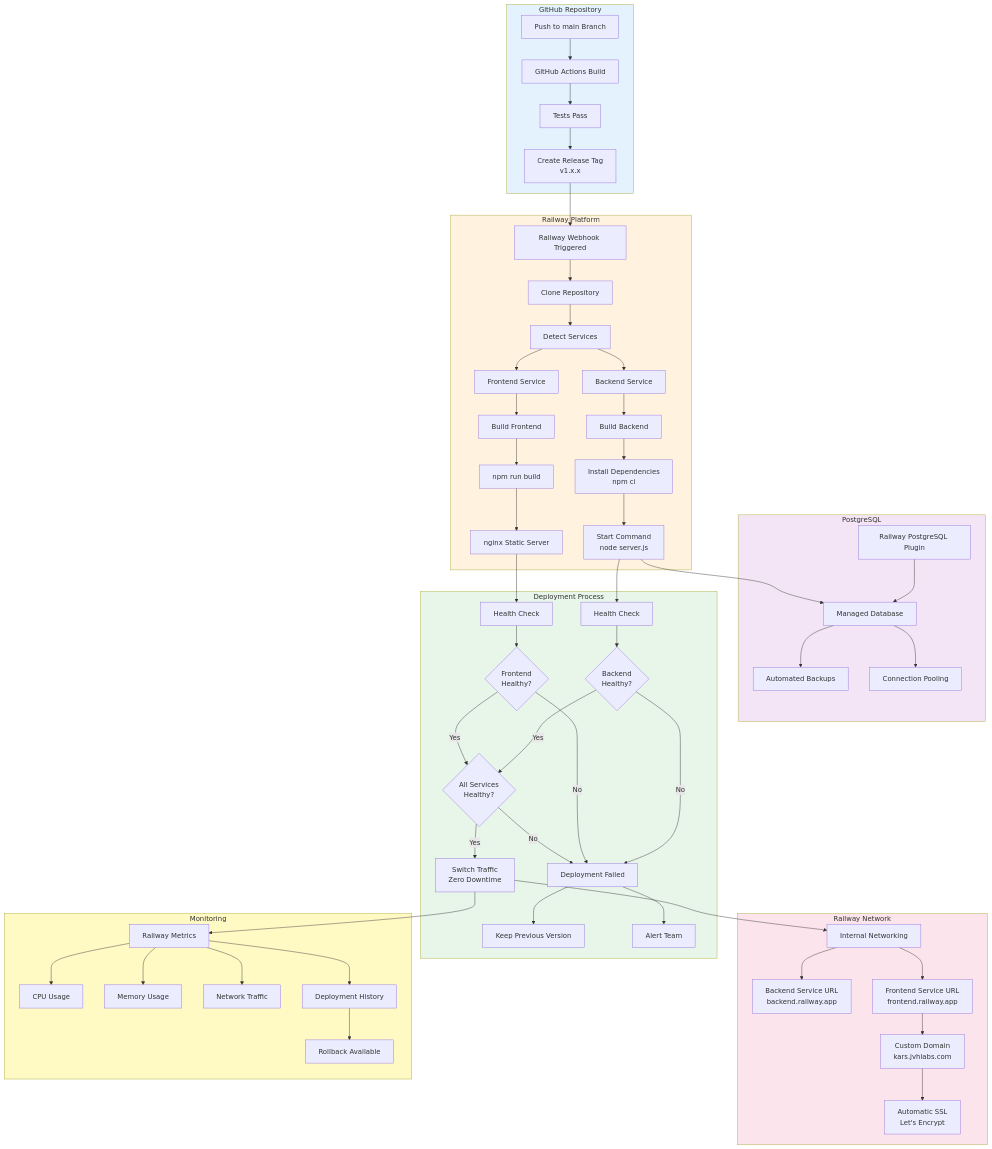
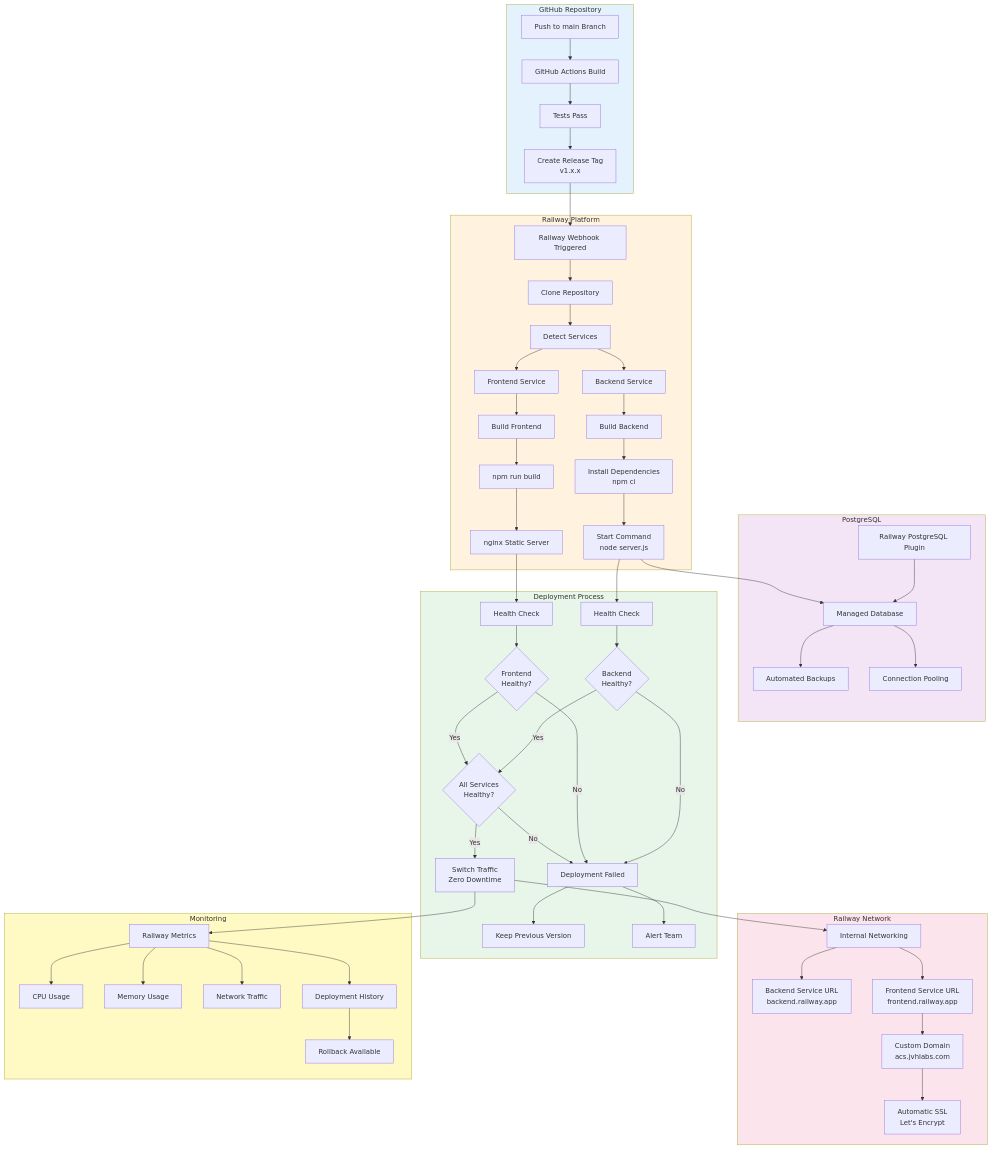
Before and after one commit to humac/claude_app_poc: the diagram in devops/diagrams/railway-deployment.md, drawn with Mermaid. The commit also changed other lines of this file and 27 other files, not shown here.

First line of the commit message:
docs: Replace KARS domains with ACS domains (Phase 6)

````diff
--- a/devops/diagrams/railway-deployment.md
+++ b/devops/diagrams/railway-deployment.md
@@ -7,78 +7,78 @@
 ```mermaid
 flowchart TB
     subgraph GitHub["GitHub Repository"]
         A[Push to main Branch] --> B[GitHub Actions Build]
         B --> C[Tests Pass]
         C --> D[Create Release Tag<br/>v1.x.x]
     end
     
     subgraph Railway["Railway Platform"]
         D --> E[Railway Webhook Triggered]
         E --> F[Clone Repository]
         F --> G[Detect Services]
         
         G --> H[Backend Service]
         G --> I[Frontend Service]
         
         H --> J[Build Backend]
         J --> K[Install Dependencies<br/>npm ci]
         K --> L[Start Command<br/>node server.js]
         
         I --> M[Build Frontend]
         M --> N[npm run build]
         N --> O[nginx Static Server]
     end
     
     subgraph Database["PostgreSQL"]
         P[Railway PostgreSQL Plugin] --> Q[Managed Database]
         Q --> R[Automated Backups]
         Q --> S[Connection Pooling]
         L --> Q
     end
     
     subgraph Deployment["Deployment Process"]
         L --> T[Health Check]
         O --> U[Health Check]
         
         T --> V{Backend<br/>Healthy?}
         U --> W{Frontend<br/>Healthy?}
         
         V -->|No| X[Deployment Failed]
         W -->|No| X
         
         V -->|Yes| Y{All Services<br/>Healthy?}
         W -->|Yes| Y
         
         Y -->|Yes| Z[Switch Traffic<br/>Zero Downtime]
         Y -->|No| X
         
         X --> AA[Keep Previous Version]
         X --> AB[Alert Team]
     end
     
     subgraph Network["Railway Network"]
         Z --> AC[Internal Networking]
         AC --> AD[Backend Service URL<br/>backend.railway.app]
         AC --> AE[Frontend Service URL<br/>frontend.railway.app]
         
-        AE --> AF[Custom Domain<br/>kars.jvhlabs.com]
+        AE --> AF[Custom Domain<br/>acs.jvhlabs.com]
         AF --> AG[Automatic SSL<br/>Let's Encrypt]
     end
     
     subgraph Monitoring["Monitoring"]
         Z --> AH[Railway Metrics]
         AH --> AI[CPU Usage]
         AH --> AJ[Memory Usage]
         AH --> AK[Network Traffic]
         AH --> AL[Deployment History]
         
         AL --> AM[Rollback Available]
     end
     
     style GitHub fill:#e3f2fd
     style Railway fill:#fff3e0
     style Database fill:#f3e5f5
     style Deployment fill:#e8f5e9
     style Network fill:#fce4ec
     style Monitoring fill:#fff9c4
 ```
````
